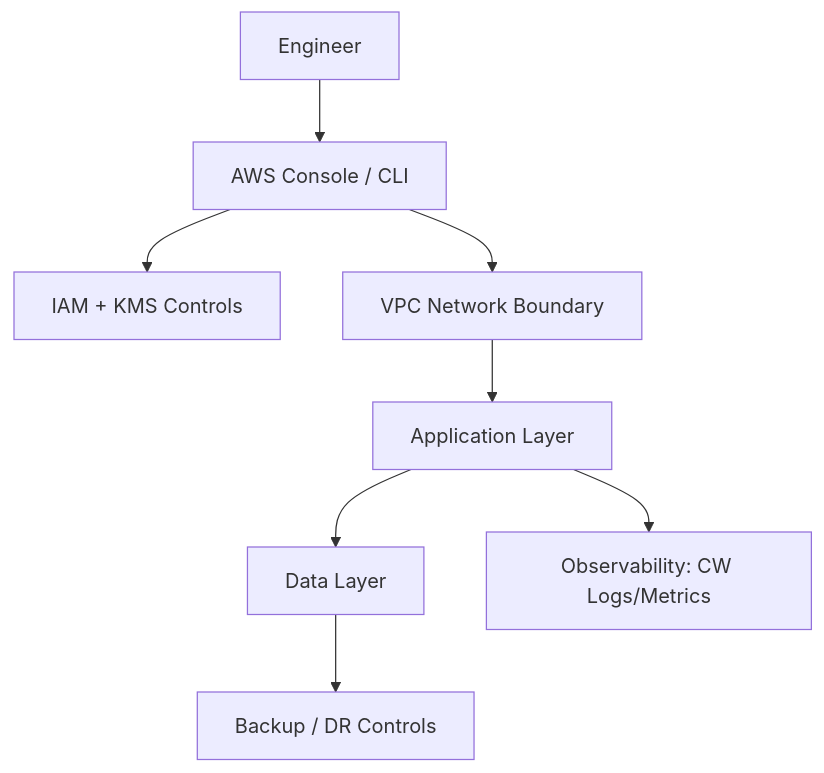
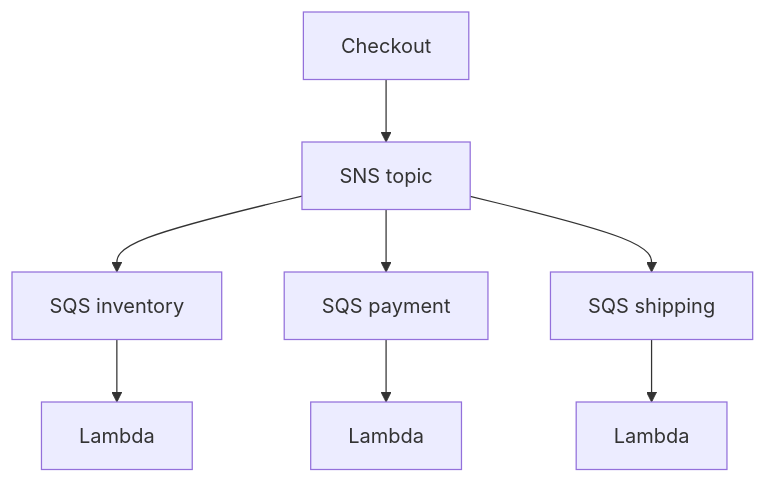
Before and after one commit to somkid-s5/AWS-SAA-Custom-Labs: the diagram in labs/20-serverless-event-driven-ordering.md, drawn with Mermaid. The commit also changed other lines of this file and 27 other files, not shown here.

````diff
--- a/labs/20-serverless-event-driven-ordering.md
+++ b/labs/20-serverless-event-driven-ordering.md
@@ -40,10 +10,10 @@
 ```mermaid
 graph TD
-    U[Engineer] --> C[AWS Console / CLI]
-    C --> I[IAM + KMS Controls]
-    C --> N[VPC Network Boundary]
-    N --> A[Application Layer]
-    A --> D[Data Layer]
-    A --> O[Observability: CW Logs/Metrics]
-    D --> B[Backup / DR Controls]
+  Checkout[Checkout] --> SNS[SNS topic]
+  SNS --> Q1[SQS inventory]
+  SNS --> Q2[SQS payment]
+  SNS --> Q3[SQS shipping]
+  Q1 --> Fn1[Lambda]
+  Q2 --> Fn2[Lambda]
+  Q3 --> Fn3[Lambda]
 ```
````
